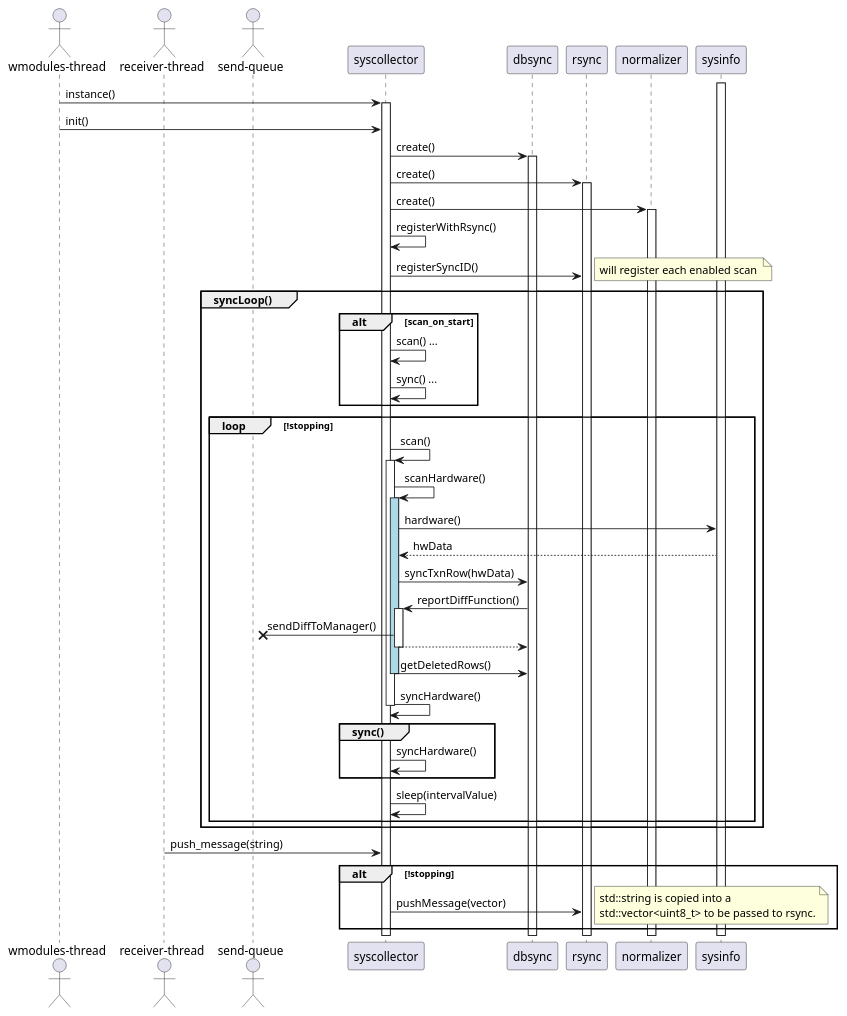
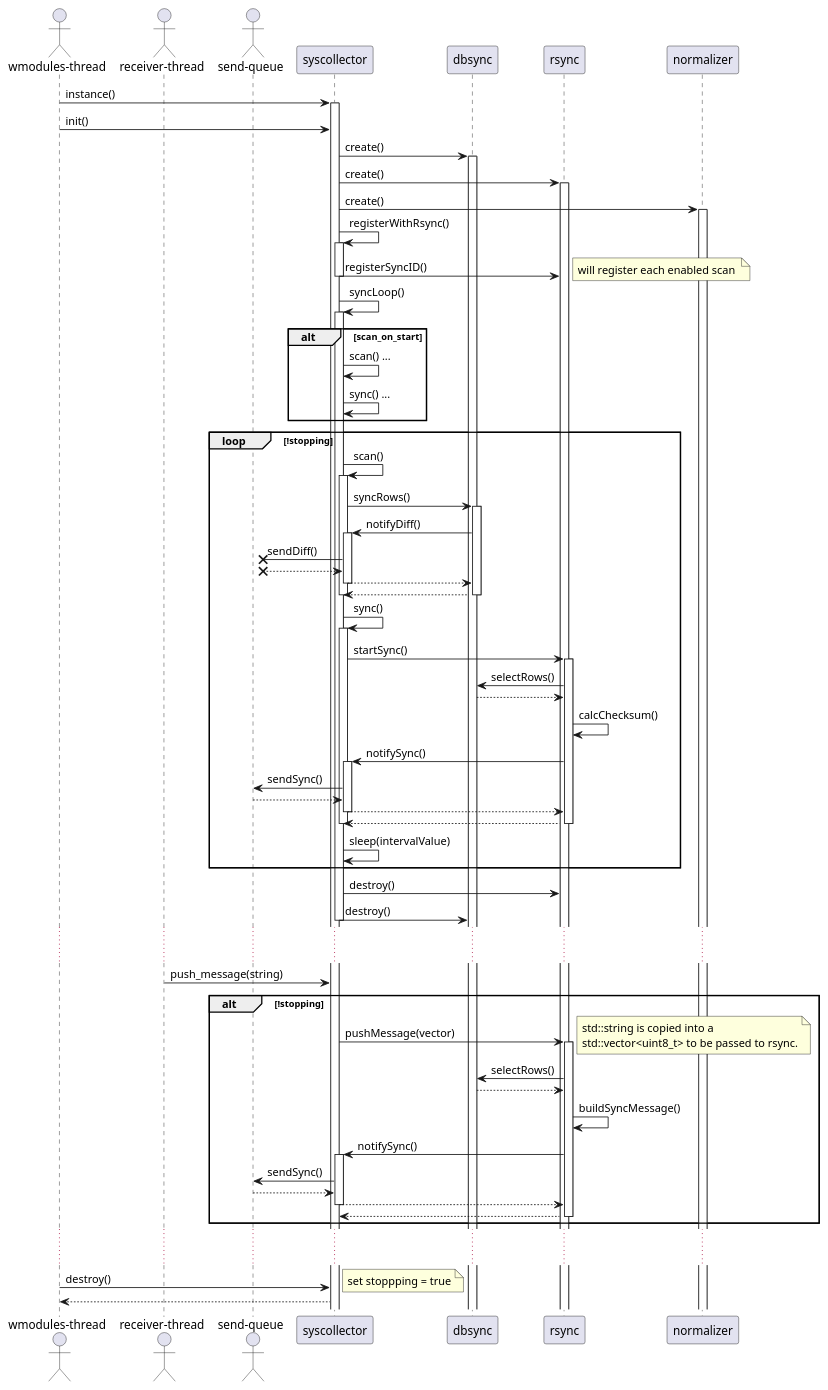
The diagram in src/diagrams/architecture/syscollector/sequence-001.puml (wazuh/wazuh-agent), drawn with PlantUML before and after one commit.

Commit message:
Updated syscollector high level diagram.

```diff
--- a/src/diagrams/architecture/syscollector/sequence-001.puml
+++ b/src/diagrams/architecture/syscollector/sequence-001.puml
@@ -1,76 +1,99 @@
 @startuml
 actor "wmodules-thread" as wmodules
 actor "receiver-thread" as recv
 actor "send-queue" as queue
 participant syscollector as sysco
 participant dbsync
 participant rsync
 participant normalizer
-participant sysinfo
-activate sysinfo
 
 wmodules -> sysco : instance()
 activate sysco
 wmodules -> sysco : init()
 sysco -> dbsync : create()
 activate dbsync
 sysco -> rsync : create()
 activate rsync
 sysco -> normalizer : create()
 activate normalizer
 sysco -> sysco : registerWithRsync()
+activate sysco
 sysco -> rsync : registerSyncID()
+deactivate sysco
 note right
 will register each enabled scan 
 end note
 
-group syncLoop()
-    alt scan_on_start
-        sysco -> sysco : scan() ...
-        sysco -> sysco : sync() ...
-    end
-    loop !stopping
-        sysco -> sysco : scan()
+sysco -> sysco : syncLoop()
+activate sysco
+alt scan_on_start
+    sysco -> sysco : scan() ...
+    sysco -> sysco : sync() ...
+end
+loop !stopping
+activate sysco
+    sysco -> sysco : scan()
+    activate sysco
+        sysco -> dbsync : syncRows()
+        activate dbsync
+            dbsync -> sysco : notifyDiff()
             activate sysco
-            sysco -> sysco : scanHardware()
-                activate sysco #LightBlue
-                sysco -> sysinfo : hardware()
-                sysinfo --> sysco : hwData
-                sysco -> dbsync : syncTxnRow(hwData)
-                dbsync -> sysco : reportDiffFunction()
-                activate sysco
-                sysco ->x queue : sendDiffToManager()
+                sysco ->x queue : sendDiff()
+                sysco <--x queue
                 sysco --> dbsync
-                deactivate sysco
-                sysco -> dbsync : getDeletedRows()
-                deactivate sysco
-            sysco -> sysco : syncHardware()
             deactivate sysco
+            sysco <-- dbsync
+        deactivate dbsync
+    deactivate sysco
+    sysco -> sysco : sync()
+    activate sysco
+        sysco -> rsync : startSync()
+        activate rsync
+            rsync -> dbsync : selectRows()
+            dbsync --> rsync
+            rsync -> rsync : calcChecksum()
+            rsync -> sysco : notifySync()
+            activate sysco
+                sysco -> queue : sendSync()
+                sysco <-- queue
+                sysco --> rsync
+            deactivate sysco
+            rsync --> sysco
+        deactivate rsync
+    deactivate sysco
+    sysco -> sysco : sleep(intervalValue)
+end
+sysco -> rsync : destroy()
+sysco -> dbsync : destroy()
+deactivate sysco
 
-            ' sysco -> sysco : scanOs()
-            ' sysco -> sysco : scanNetwork()
-            ' sysco -> sysco : scanPackages()
-            ' sysco -> sysco : scanPorts()
-            ' sysco -> sysco : scanProcesses()
-        group sync()
-            sysco -> sysco : syncHardware()
-            ' sysco -> sysco : syncOs()
-            ' sysco -> sysco : syncNetwork()
-            ' sysco -> sysco : syncPackages()
-            ' sysco -> sysco : syncPorts()
-            ' sysco -> sysco : syncProcesses()
-        end
-    sysco -> sysco : sleep(intervalValue)
-    end
-end
-
-
+... ...
 recv -> sysco : push_message(string)
 alt !stopping
     sysco -> rsync : pushMessage(vector)
     note right
         std::string is copied into a
         std::vector<uint8_t> to be passed to rsync.
     end note
+    activate rsync
+        rsync -> dbsync : selectRows()
+        dbsync --> rsync
+        rsync -> rsync : buildSyncMessage()
+        rsync -> sysco : notifySync()
+        activate sysco
+            sysco -> queue : sendSync()
+            sysco <-- queue
+            sysco --> rsync
+        deactivate sysco
+        rsync --> sysco
+    deactivate rsync
 end
+
+... ...
+wmodules -> sysco : destroy()
+note right
+set stoppping = true
+end note
+wmodules <-- sysco
+
 @enduml
```
